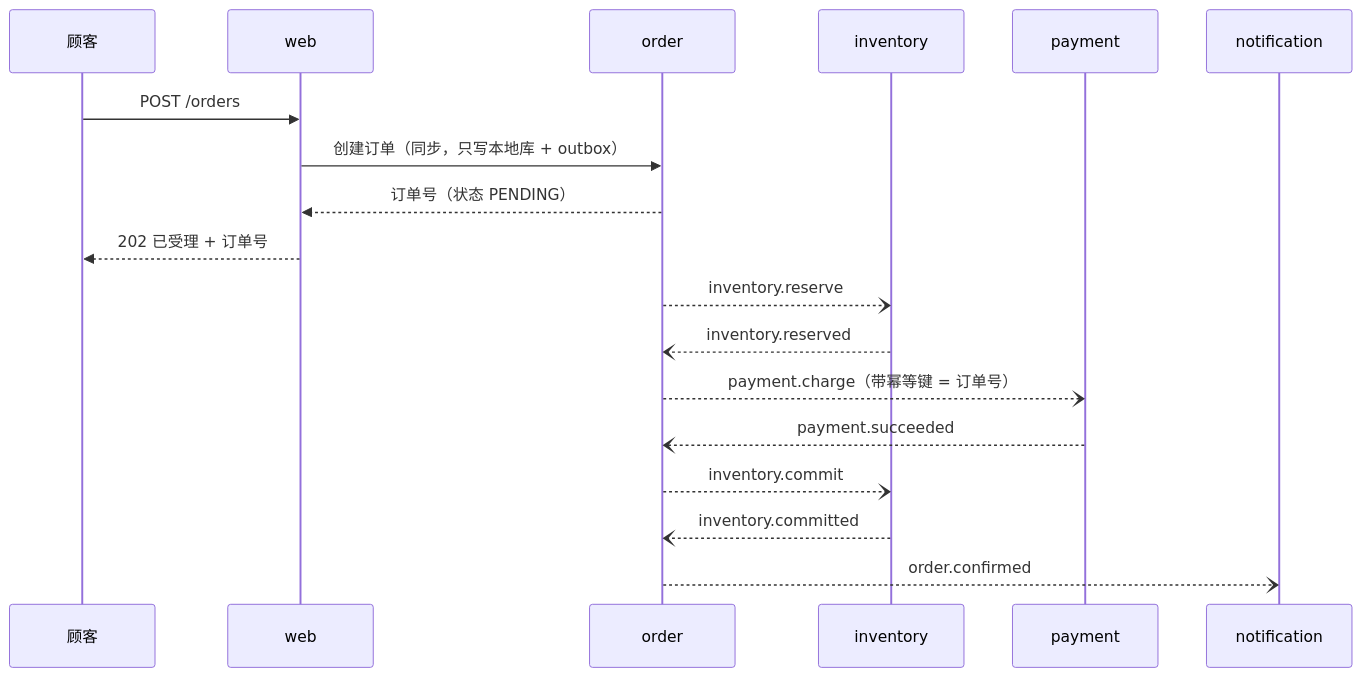
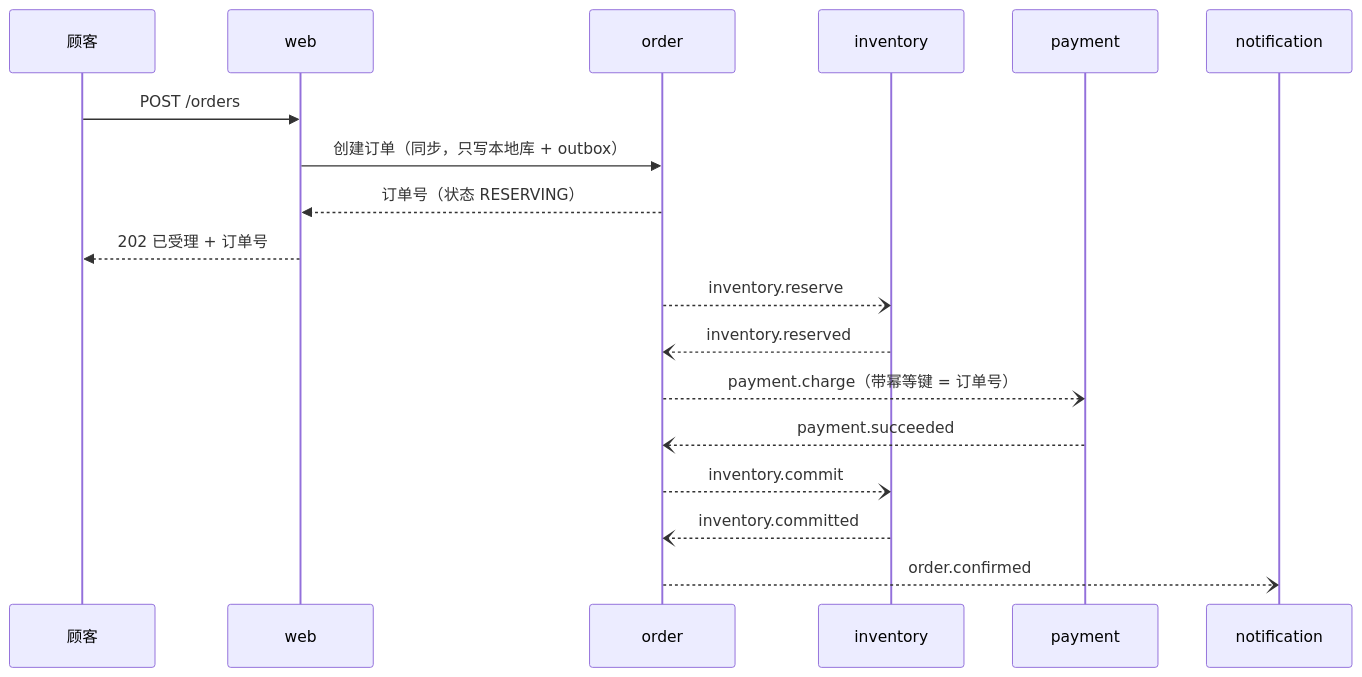
One commit to MIERAI/storefront changed the second of 2 diagrams in docs/design/v2-microservices.md. Above: the diagram before and after it, drawn with Mermaid. The commit also changed other lines of this file, not shown here.

Commit message:
design v0.3: align with the factory's R4/R5 designs (state on the order row, no PENDING, UUIDv7 ids, RESERVING deadline 15 min, reservation expiry 24 h, committed/released events)

````diff
--- a/docs/design/v2-microservices.md
+++ b/docs/design/v2-microservices.md
@@ -228,20 +229,20 @@
 ```mermaid
 sequenceDiagram
     participant U as 顾客
     participant W as web
     participant O as order
     participant I as inventory
     participant P as payment
     participant N as notification
     U->>W: POST /orders
     W->>O: 创建订单（同步，只写本地库 + outbox）
-    O-->>W: 订单号（状态 PENDING）
+    O-->>W: 订单号（状态 RESERVING）
     W-->>U: 202 已受理 + 订单号
     O--)I: inventory.reserve
     I--)O: inventory.reserved
     O--)P: payment.charge（带幂等键 = 订单号）
     P--)O: payment.succeeded
     O--)I: inventory.commit
     I--)O: inventory.committed
     O--)N: order.confirmed
 ```
````
